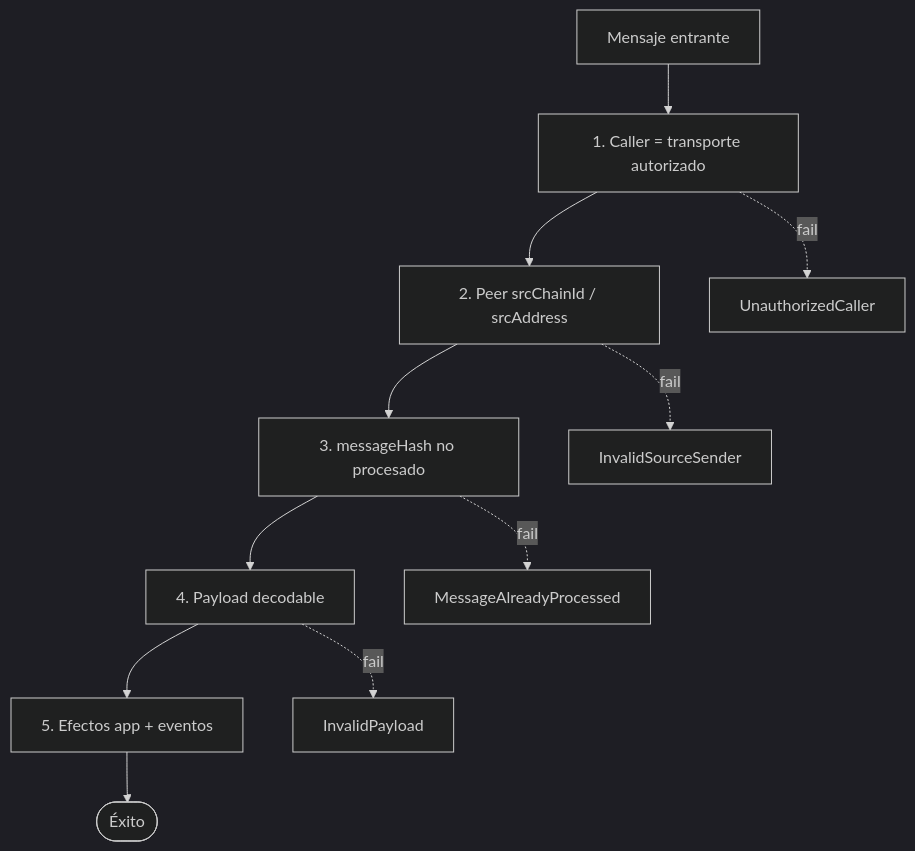
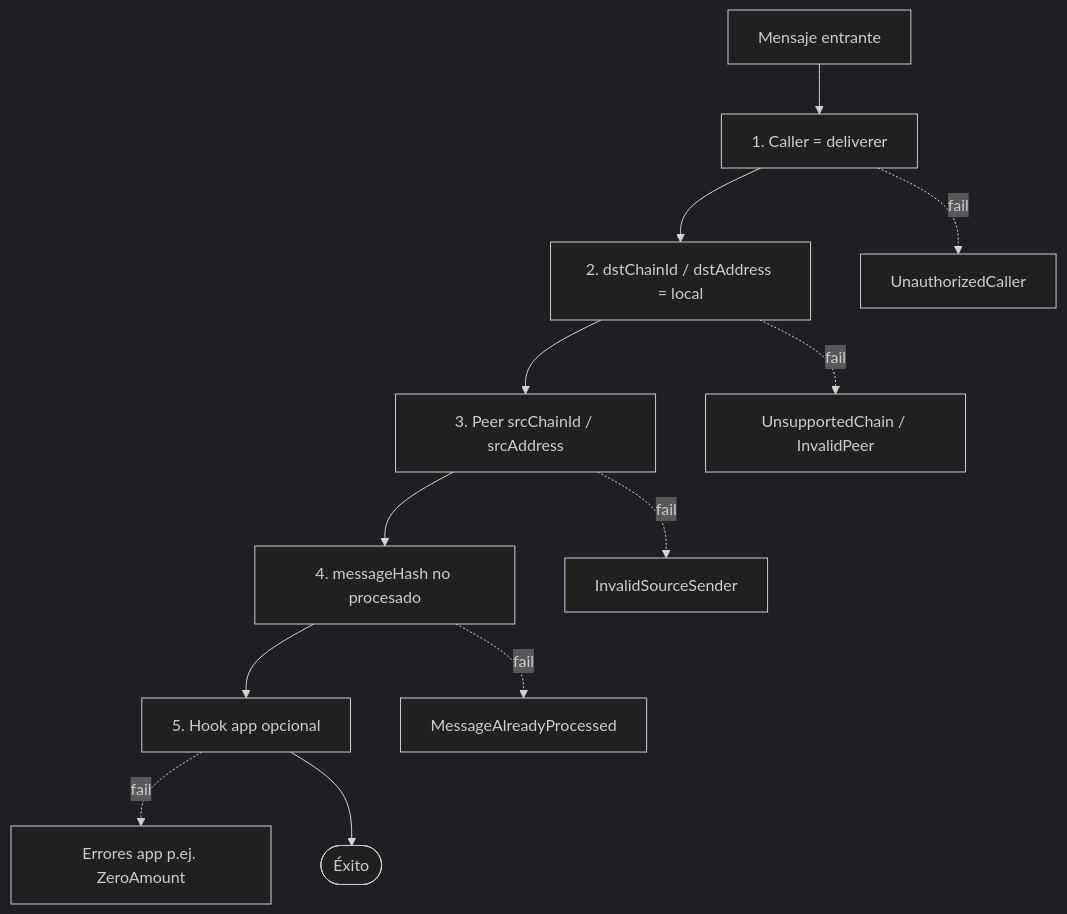
The fourth of 5 diagrams in doc/flujograma.md (rastrahm/crosschain-messaging), drawn with Mermaid (dark theme) before and after one commit. The commit also changed other lines of this file and 7 other files, not shown here.

````diff
--- a/doc/flujograma.md
+++ b/doc/flujograma.md
@@ -84,13 +85,14 @@
 ```mermaid
 flowchart TD
-    A[Mensaje entrante] --> B[1. Caller = transporte autorizado]
-    B --> C[2. Peer srcChainId / srcAddress]
-    C --> D[3. messageHash no procesado]
-    D --> E[4. Payload decodable]
-    E --> F[5. Efectos app + eventos]
+    A[Mensaje entrante] --> B[1. Caller = deliverer]
+    B --> C[2. dstChainId / dstAddress = local]
+    C --> D[3. Peer srcChainId / srcAddress]
+    D --> E[4. messageHash no procesado]
+    E --> F[5. Hook app opcional]
     B -.->|fail| X1[UnauthorizedCaller]
-    C -.->|fail| X2[InvalidSourceSender]
-    D -.->|fail| X3[MessageAlreadyProcessed]
-    E -.->|fail| X4[InvalidPayload]
+    C -.->|fail| X2[UnsupportedChain / InvalidPeer]
+    D -.->|fail| X3[InvalidSourceSender]
+    E -.->|fail| X4[MessageAlreadyProcessed]
+    F -.->|fail| X5[Errores app p.ej. ZeroAmount]
     F --> Ok([Éxito])
 ```
````
